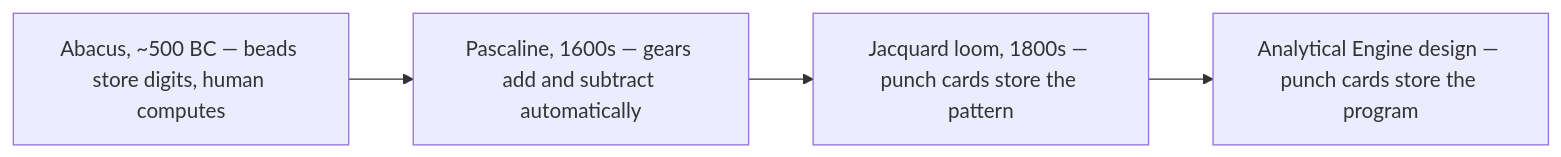
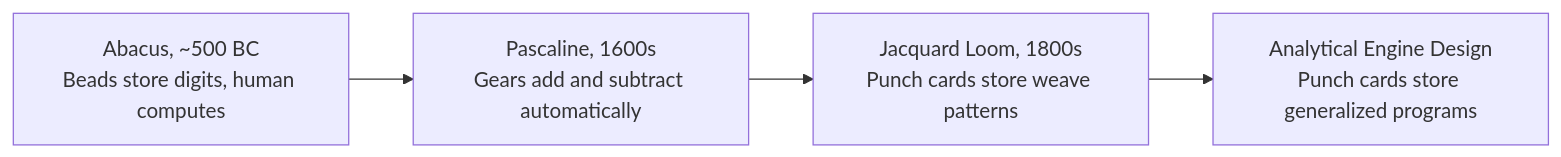
The first of 2 diagrams in content/docs/computer-basics/it-support/02-evolution-of-computing.mdx (1345AbhishekKumar/cs-cookbook), drawn with Mermaid before and after one commit. The commit also changed other lines of this file and 299 other files, not shown here.

````diff
--- a/content/docs/computer-basics/it-support/02-evolution-of-computing.mdx
+++ b/content/docs/computer-basics/it-support/02-evolution-of-computing.mdx
@@ -46,6 +59,6 @@
 ```mermaid
 flowchart LR
-    A["Abacus, ~500 BC — beads store digits, human computes"] --> B["Pascaline, 1600s — gears add and subtract automatically"]
-    B --> C["Jacquard loom, 1800s — punch cards store the pattern"]
-    C --> D["Analytical Engine design — punch cards store the program"]
+    A["Abacus, ~500 BC<br/>Beads store digits, human computes"] --> B["Pascaline, 1600s<br/>Gears add and subtract automatically"]
+    B --> C["Jacquard Loom, 1800s<br/>Punch cards store weave patterns"]
+    C --> D["Analytical Engine Design<br/>Punch cards store generalized programs"]
 ```
````
